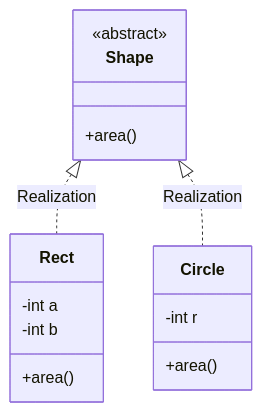
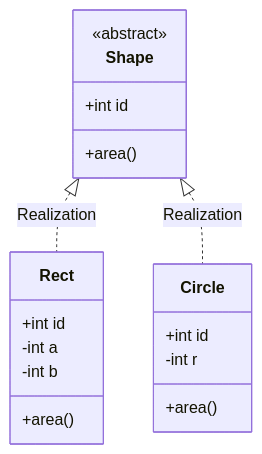
One commit to idmshawn/learning_notes changed the first of 2 diagrams in lang/cpp_feature.md. Above: the diagram before and after it, drawn with Mermaid. The commit also changed other lines of this file, not shown here.

````diff
--- a/lang/cpp_feature.md
+++ b/lang/cpp_feature.md
@@ -145,19 +144,22 @@
 ``` mermaid
 classDiagram
 %% commit
 class Shape
 <<abstract>> Shape
 Shape <|.. Rect : Realization
 Shape <|.. Circle: Realization
+Shape: +int id
 Shape: +area()
 
 class Rect{
+  +int id
   -int a
   -int b
   +area()
 }
 class Circle{
+  +int id
   -int r
   +area()
 }
 ```
````
